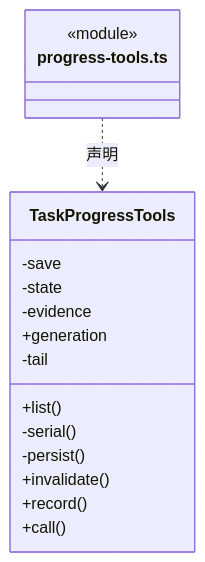
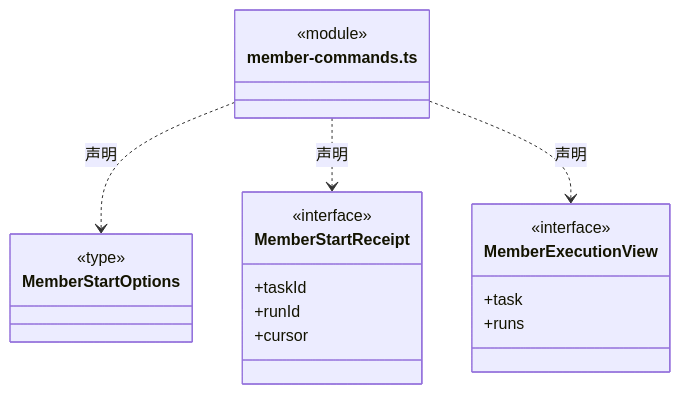
Diagram 20 of 34 in src/backend/core/tasks/ARCHITECTURE.md (nan023062/cbim), drawn with Mermaid before and after one commit. The commit also changed other lines of this file and 240 other files, not shown here.

````diff
--- a/src/backend/core/tasks/ARCHITECTURE.md
+++ b/src/backend/core/tasks/ARCHITECTURE.md
@@ -294,20 +537,24 @@
 ```mermaid
 classDiagram
-class N_src_backend_core_tasks_progress_tools_ts["progress-tools.ts"] {
+class N_src_backend_core_tasks_member_commands_ts["member-commands.ts"] {
   <<module>>
 }
-class N_src_backend_core_tasks_progress_tools_ts_TaskProgressTools["TaskProgressTools"] {
-  -save
-  +list()
-  -state
-  -evidence
-  +generation
-  -tail
-  -serial()
-  -persist()
-  +invalidate()
-  +record()
-  +call()
+class N_src_backend_core_tasks_member_commands_ts_MemberStartOptions["MemberStartOptions"] {
+  <<type>>
+
 }
-N_src_backend_core_tasks_progress_tools_ts ..> N_src_backend_core_tasks_progress_tools_ts_TaskProgressTools : 声明
+N_src_backend_core_tasks_member_commands_ts ..> N_src_backend_core_tasks_member_commands_ts_MemberStartOptions : 声明
+class N_src_backend_core_tasks_member_commands_ts_MemberStartReceipt["MemberStartReceipt"] {
+  <<interface>>
+  +taskId
+  +runId
+  +cursor
+}
+N_src_backend_core_tasks_member_commands_ts ..> N_src_backend_core_tasks_member_commands_ts_MemberStartReceipt : 声明
+class N_src_backend_core_tasks_member_commands_ts_MemberExecutionView["MemberExecutionView"] {
+  <<interface>>
+  +task
+  +runs
+}
+N_src_backend_core_tasks_member_commands_ts ..> N_src_backend_core_tasks_member_commands_ts_MemberExecutionView : 声明
 ```
````
